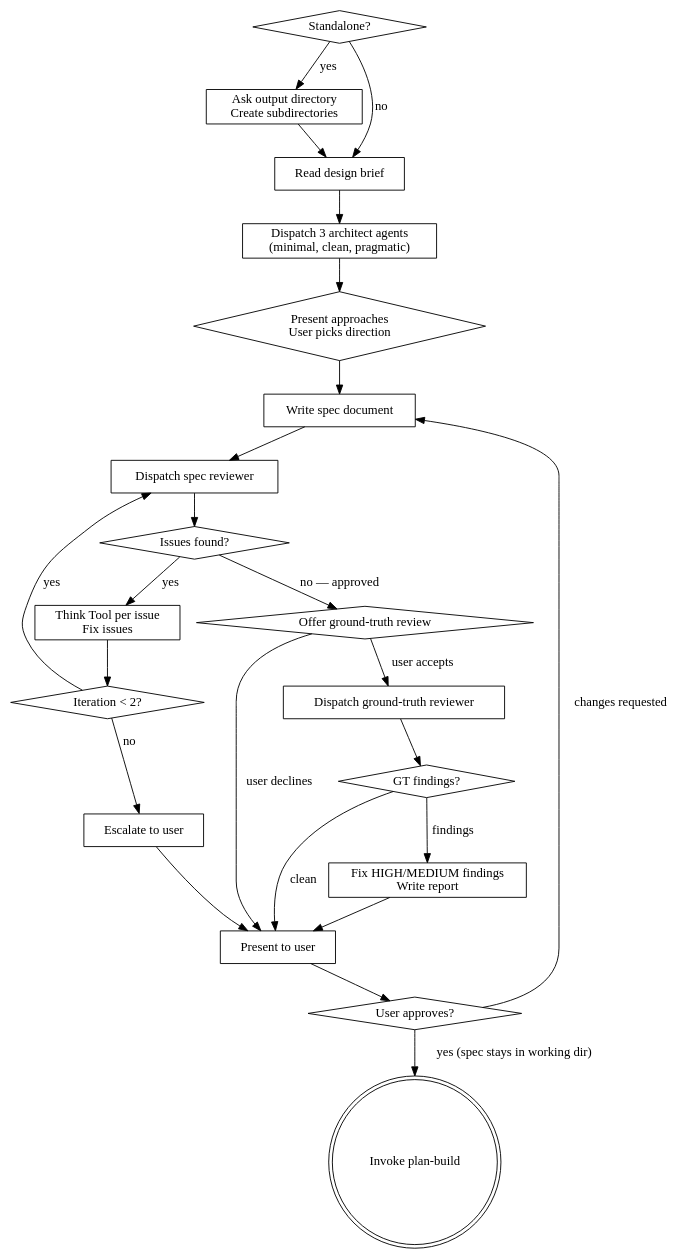
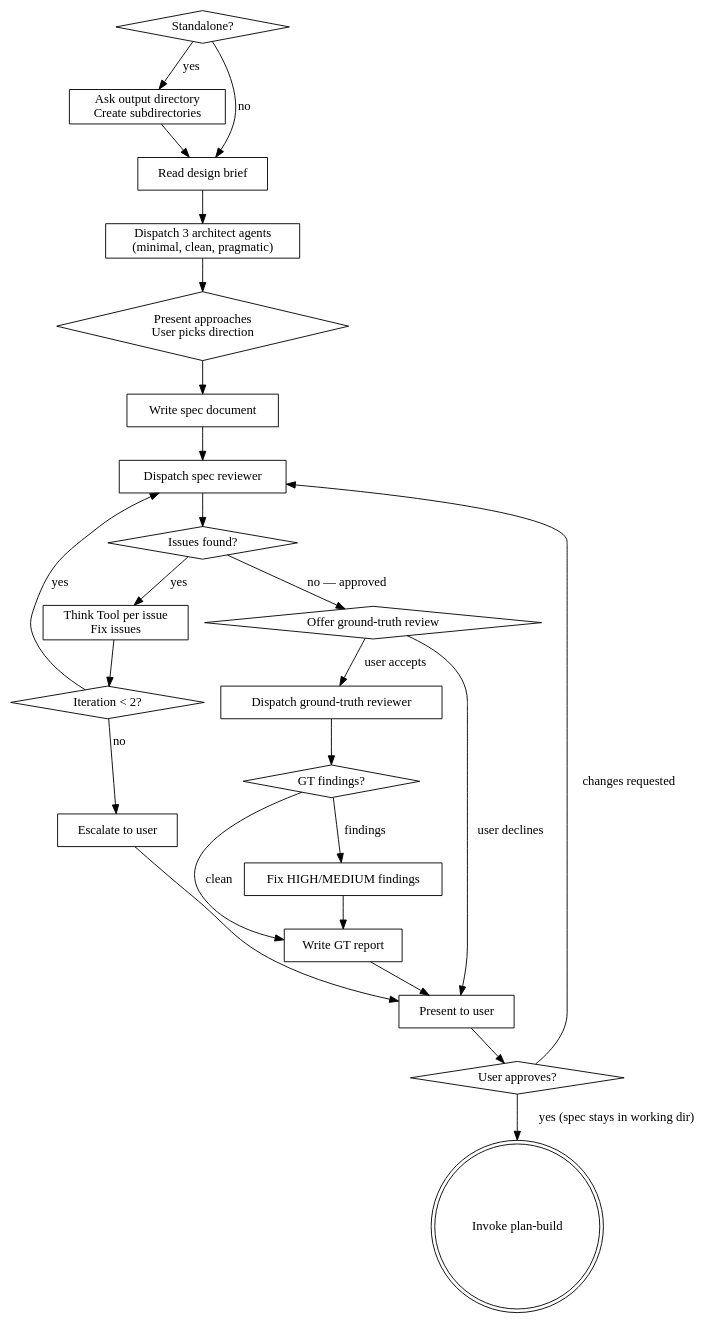
Before and after one commit to OrdinaryMoose/Chester: the diagram in skills/design-specify/SKILL.md, drawn with Graphviz.

Commit message:
fix: correct flow diagram loop-back target and ensure GT report always written

````diff
--- a/skills/design-specify/SKILL.md
+++ b/skills/design-specify/SKILL.md
@@ -38,46 +38,48 @@
 ```dot
 digraph build_spec {
     "Standalone?" [shape=diamond];
     "Ask output directory\nCreate subdirectories" [shape=box];
     "Read design brief" [shape=box];
     "Dispatch 3 architect agents\n(minimal, clean, pragmatic)" [shape=box];
     "Present approaches\nUser picks direction" [shape=diamond];
     "Write spec document" [shape=box];
     "Dispatch spec reviewer" [shape=box];
     "Issues found?" [shape=diamond];
     "Think Tool per issue\nFix issues" [shape=box];
     "Iteration < 2?" [shape=diamond];
     "Escalate to user" [shape=box];
     "Offer ground-truth review" [shape=diamond];
     "Dispatch ground-truth reviewer" [shape=box];
     "GT findings?" [shape=diamond];
-    "Fix HIGH/MEDIUM findings\nWrite report" [shape=box];
+    "Fix HIGH/MEDIUM findings" [shape=box];
+    "Write GT report" [shape=box];
     "Present to user" [shape=box];
     "User approves?" [shape=diamond];
     "Invoke plan-build" [shape=doublecircle];
 
     "Standalone?" -> "Ask output directory\nCreate subdirectories" [label="yes"];
     "Standalone?" -> "Read design brief" [label="no"];
     "Ask output directory\nCreate subdirectories" -> "Read design brief";
     "Read design brief" -> "Dispatch 3 architect agents\n(minimal, clean, pragmatic)";
     "Dispatch 3 architect agents\n(minimal, clean, pragmatic)" -> "Present approaches\nUser picks direction";
     "Present approaches\nUser picks direction" -> "Write spec document";
     "Write spec document" -> "Dispatch spec reviewer";
     "Dispatch spec reviewer" -> "Issues found?";
     "Issues found?" -> "Offer ground-truth review" [label="no — approved"];
     "Issues found?" -> "Think Tool per issue\nFix issues" [label="yes"];
     "Think Tool per issue\nFix issues" -> "Iteration < 2?";
     "Iteration < 2?" -> "Dispatch spec reviewer" [label="yes"];
     "Iteration < 2?" -> "Escalate to user" [label="no"];
     "Escalate to user" -> "Present to user";
     "Offer ground-truth review" -> "Dispatch ground-truth reviewer" [label="user accepts"];
     "Offer ground-truth review" -> "Present to user" [label="user declines"];
     "Dispatch ground-truth reviewer" -> "GT findings?";
-    "GT findings?" -> "Fix HIGH/MEDIUM findings\nWrite report" [label="findings"];
-    "GT findings?" -> "Present to user" [label="clean"];
-    "Fix HIGH/MEDIUM findings\nWrite report" -> "Present to user";
+    "GT findings?" -> "Fix HIGH/MEDIUM findings" [label="findings"];
+    "GT findings?" -> "Write GT report" [label="clean"];
+    "Fix HIGH/MEDIUM findings" -> "Write GT report";
+    "Write GT report" -> "Present to user";
     "Present to user" -> "User approves?";
     "User approves?" -> "Invoke plan-build" [label="yes (spec stays in working dir)"];
-    "User approves?" -> "Write spec document" [label="changes requested"];
+    "User approves?" -> "Dispatch spec reviewer" [label="changes requested"];
 }
 ```
````
